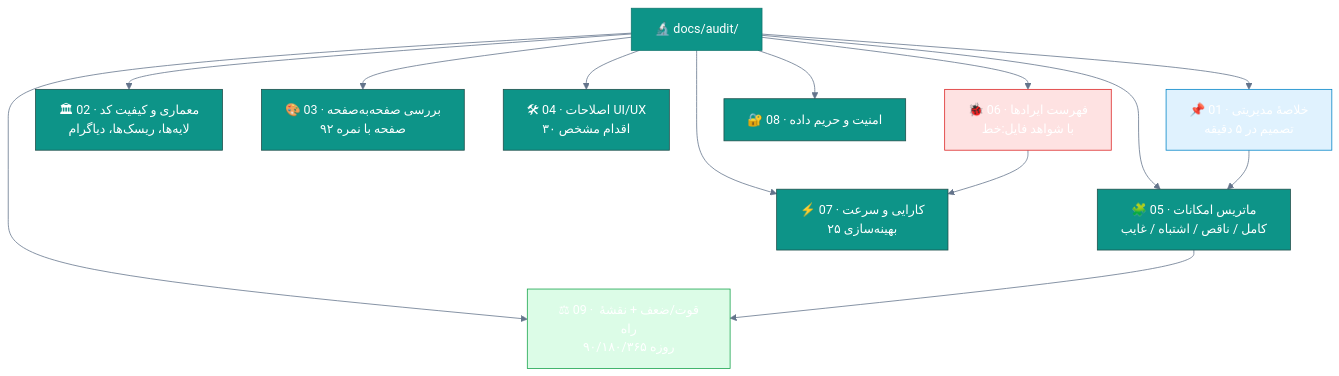
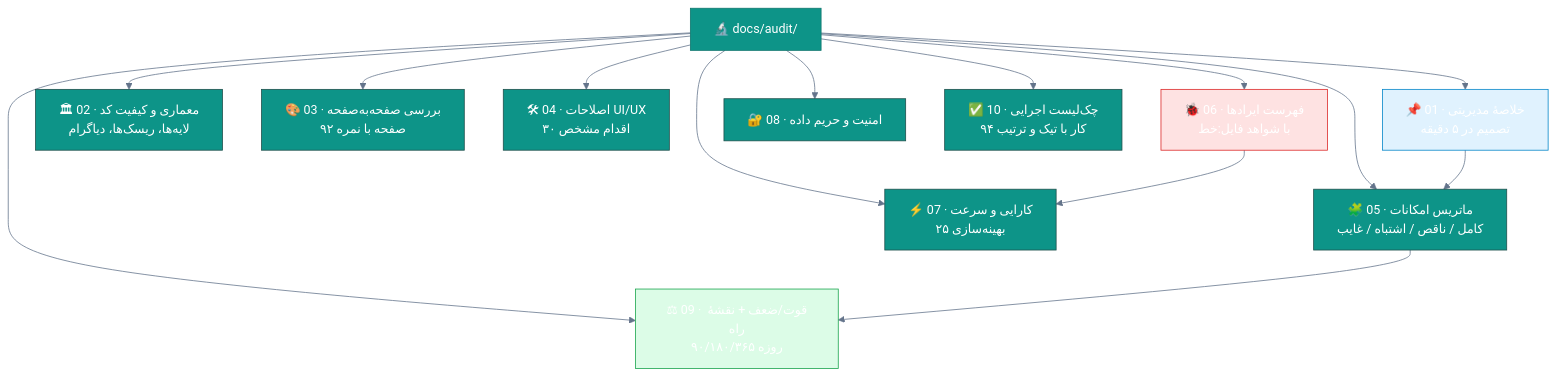
One commit to pranses2011/Sahand_ClinicPro changed the diagram in docs/audit/README.md. Above: the diagram before and after it, drawn with Mermaid. The commit also changed other lines of this file and 9 other files, not shown here.

First line of the commit message:
docs(audit): چک‌لیست اجرایی ۹۴ کار با تیک و ترتیب پیاده‌سازی

````diff
--- a/docs/audit/README.md
+++ b/docs/audit/README.md
@@ -28,22 +31,23 @@
 ```mermaid
 %%{init: {'theme':'base','themeVariables':{'primaryColor':'#0d9488','primaryTextColor':'#ffffff','lineColor':'#64748b','fontFamily':'Vazirmatn'}}}%%
 graph TD
     ROOT["🔬 docs/audit/"] --> S1["📌 01 · خلاصهٔ مدیریتی<br/>تصمیم در ۵ دقیقه"]
     ROOT --> S2["🏛 02 · معماری و کیفیت کد<br/>لایه‌ها، ریسک‌ها، دیاگرام"]
     ROOT --> S3["🎨 03 · بررسی صفحه‌به‌صفحه<br/>۹۲ صفحه با نمره"]
     ROOT --> S4["🛠 04 · اصلاحات UI/UX<br/>۳۰ اقدام مشخص"]
     ROOT --> S5["🧩 05 · ماتریس امکانات<br/>کامل / ناقص / اشتباه / غایب"]
     ROOT --> S6["🐞 06 · فهرست ایرادها<br/>با شواهد فایل:خط"]
     ROOT --> S7["⚡ 07 · کارایی و سرعت<br/>۲۵ بهینه‌سازی"]
     ROOT --> S8["🔐 08 · امنیت و حریم داده"]
     ROOT --> S9["⚖ 09 · قوت/ضعف + نقشهٔ راه<br/>۹۰/۱۸۰/۳۶۵ روزه"]
+    ROOT --> S10["✅ 10 · چک‌لیست اجرایی<br/>۹۴ کار با تیک و ترتیب"]
 
     S1 --> S5
     S6 --> S7
     S5 --> S9
 
     style ROOT fill:#0d9488,stroke:#0f766e,color:#fff
     style S1 fill:#e0f2fe,stroke:#0284c7
     style S6 fill:#fee2e2,stroke:#dc2626
     style S9 fill:#dcfce7,stroke:#16a34a
 ```
````
